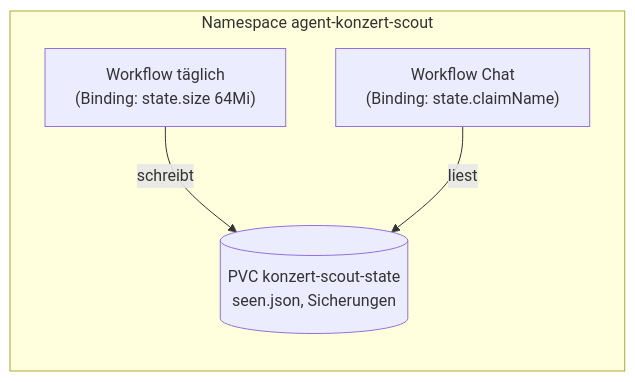
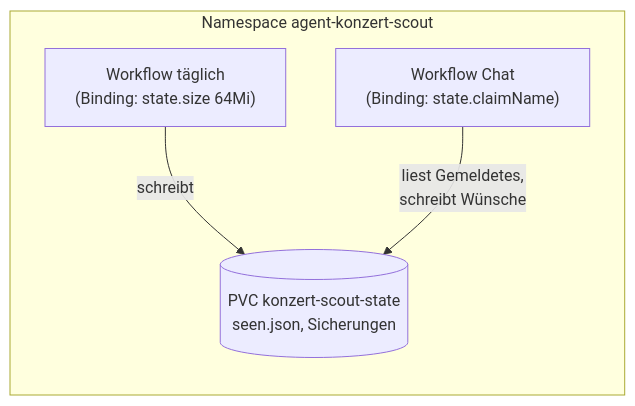
One commit to slauger/ai-agent-operations changed the diagram in docs/11-zustand-und-kontext.md. Above: the diagram before and after it, drawn with Mermaid. The commit also changed other lines of this file and 26 other files, not shown here.

````diff
--- a/docs/11-zustand-und-kontext.md
+++ b/docs/11-zustand-und-kontext.md
@@ -12,10 +12,10 @@
 ```mermaid
 flowchart LR
     subgraph NS["Namespace agent-konzert-scout"]
         D["Workflow täglich<br>(Binding: state.size 64Mi)"]
         C["Workflow Chat<br>(Binding: state.claimName)"]
         V[("PVC konzert-scout-state<br>seen.json, Sicherungen")]
     end
     D -->|schreibt| V
-    C -->|liest| V
+    C -->|liest Gemeldetes,<br>schreibt Wünsche| V
 ```
````
